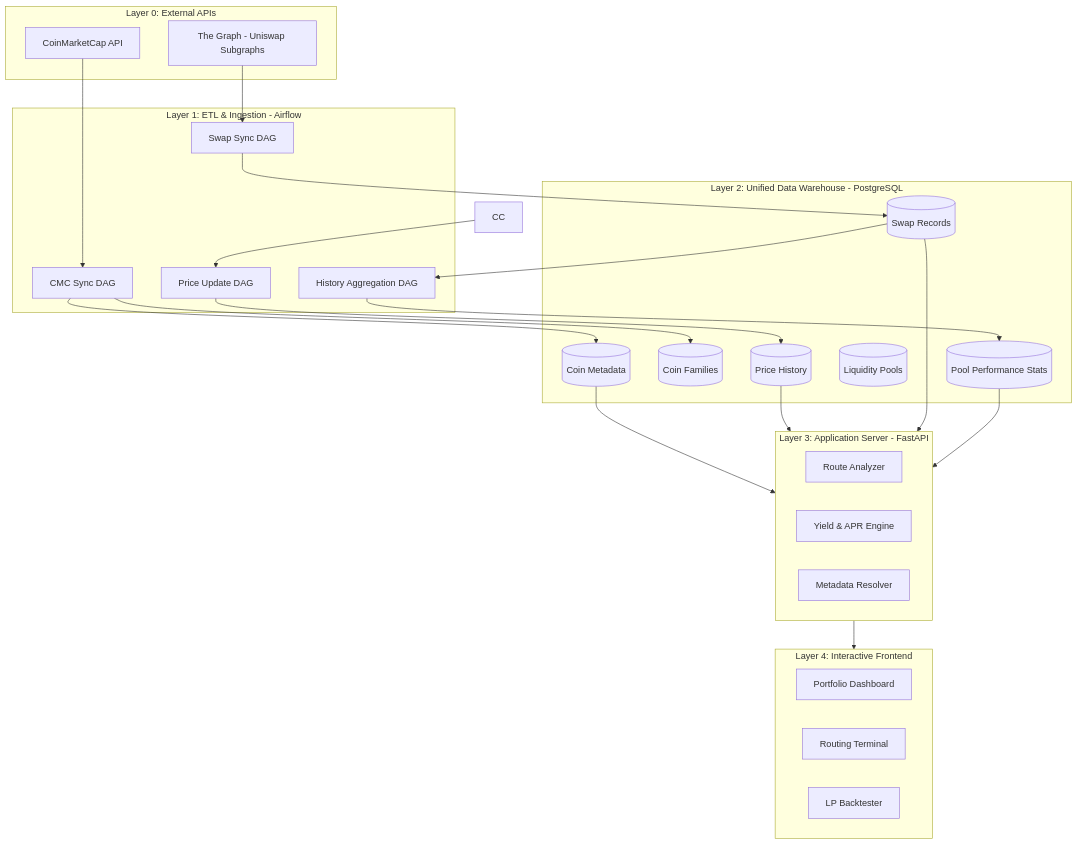
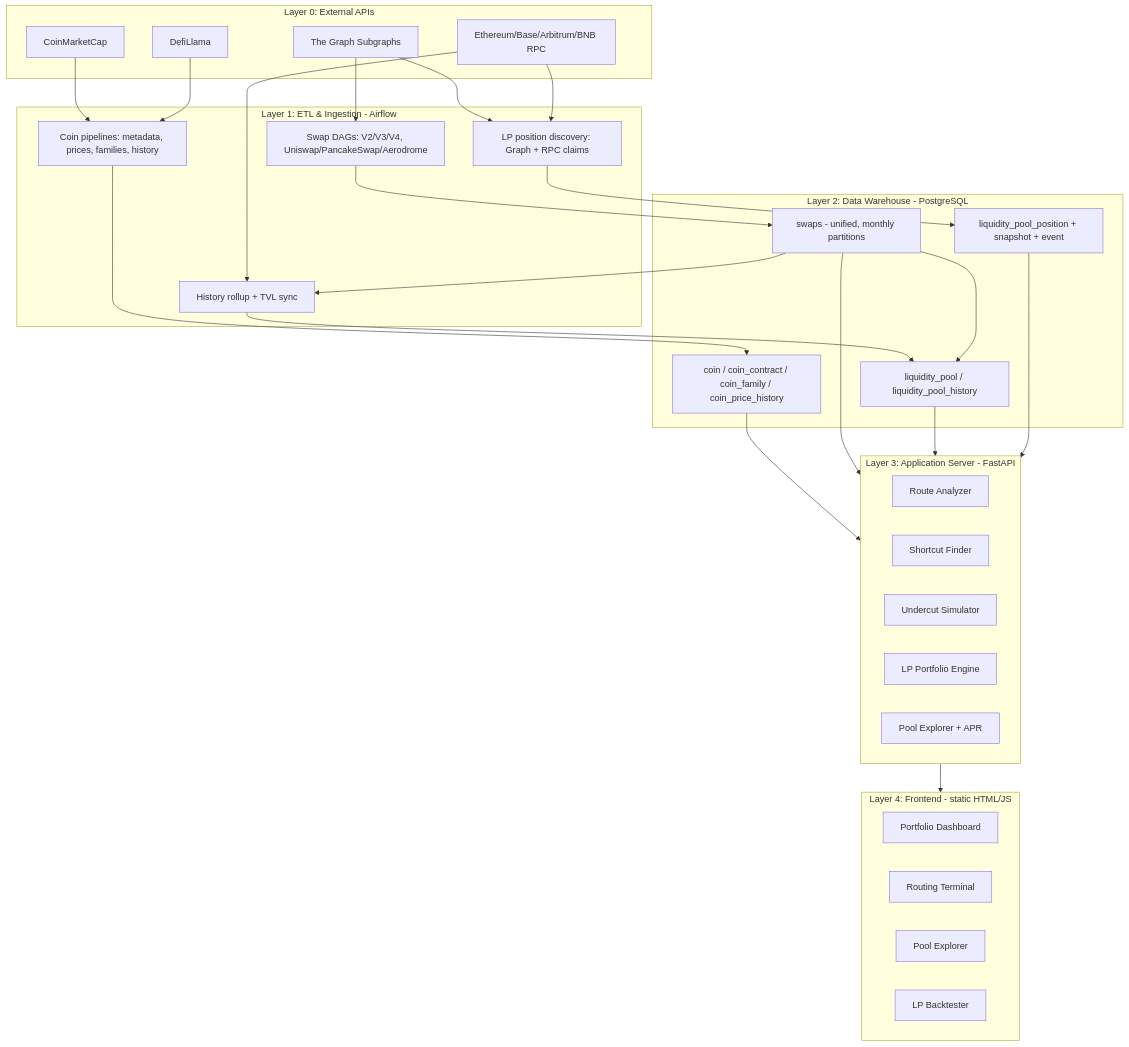
The diagram in docs/architecture.md (bekisz/chaintelligence), drawn with Mermaid before and after one commit. The commit also changed other lines of this file and 47 other files, not shown here.

First line of the commit message:
feat(undercut): coupled two-pool simulation + alternating tie-break

````diff
--- a/docs/architecture.md
+++ b/docs/architecture.md
@@ -66,56 +96,60 @@
 ```mermaid
 graph TD
-    subgraph External_Data_Sources [Layer 0: External APIs]
-        CMC[CoinMarketCap API]
-        TG[The Graph - Uniswap Subgraphs]
-
+    subgraph Layer0 [Layer 0: External APIs]
+        CMC[CoinMarketCap]
+        DL[DefiLlama]
+        TG[The Graph Subgraphs]
+        RPC[Ethereum/Base/Arbitrum/BNB RPC]
     end
 
-    subgraph Ingestion_Layer [Layer 1: ETL & Ingestion - Airflow]
-        DAG_CMC[CMC Sync DAG]
-        DAG_Price[Price Update DAG]
-        DAG_Swap[Swap Sync DAG]
-
-        DAG_Agg[History Aggregation DAG]
+    subgraph Layer1 [Layer 1: ETL & Ingestion - Airflow]
+        DAG_COIN[Coin pipelines: metadata, prices, families, history]
+        DAG_SWAP[Swap DAGs: V2/V3/V4, Uniswap/PancakeSwap/Aerodrome]
+        DAG_HIST[History rollup + TVL sync]
+        DAG_LP[LP position discovery: Graph + RPC claims]
     end
 
-    subgraph Storage_Layer [Layer 2: Unified Data Warehouse - PostgreSQL]
-        T_Coin[(Coin Metadata)]
-        T_Family[(Coin Families)]
-        T_Price[(Price History)]
-        T_Swaps[(Swap Records)]
-        T_Pools[(Liquidity Pools)]
-        T_Stats[(Pool Performance Stats)]
+    subgraph Layer2 [Layer 2: Data Warehouse - PostgreSQL]
+        T_COIN[coin / coin_contract / coin_family / coin_price_history]
+        T_POOL[liquidity_pool / liquidity_pool_history]
+        T_POS[liquidity_pool_position + snapshot + event]
+        T_SWAP[swaps - unified, monthly partitions]
     end
 
-    subgraph Logic_Layer [Layer 3: Application Server - FastAPI]
-        API_Route[Route Analyzer]
-        API_Yield[Yield & APR Engine]
-        API_Meta[Metadata Resolver]
+    subgraph Layer3 [Layer 3: Application Server - FastAPI]
+        API_ROUTE[Route Analyzer]
+        API_SHORT[Shortcut Finder]
+        API_UNDER[Undercut Simulator]
+        API_LP[LP Portfolio Engine]
+        API_POOL[Pool Explorer + APR]
     end
 
-    subgraph Presentation_Layer [Layer 4: Interactive Frontend]
-        UI_Dash[Portfolio Dashboard]
-        UI_Route[Routing Terminal]
-        UI_Back[LP Backtester]
+    subgraph Layer4 [Layer 4: Frontend - static HTML/JS]
+        UI_DASH[Portfolio Dashboard]
+        UI_ROUTE[Routing Terminal]
+        UI_POOL[Pool Explorer]
+        UI_BACK[LP Backtester]
     end
 
-    %% Data Flow & Dependencies
-    CMC --> DAG_CMC
-    CC --> DAG_Price
-    TG --> DAG_Swap
+    CMC --> DAG_COIN
+    DL --> DAG_COIN
+    TG --> DAG_SWAP
+    TG --> DAG_LP
+    RPC --> DAG_LP
+    RPC --> DAG_HIST
 
+    DAG_COIN --> T_COIN
+    DAG_SWAP --> T_SWAP
+    DAG_HIST --> T_POOL
+    DAG_LP --> T_POS
 
-    DAG_CMC --> T_Coin
-    DAG_CMC --> T_Family
-    DAG_Price --> T_Price
-    DAG_Swap --> T_Swaps
+    T_SWAP --> DAG_HIST
+    T_SWAP --> T_POOL
 
-    T_Swaps --> DAG_Agg
-    DAG_Agg --> T_Stats
+    T_COIN --> Layer3
+    T_SWAP --> Layer3
+    T_POOL --> Layer3
+    T_POS --> Layer3
 
-    T_Coin & T_Price & T_Swaps & T_Stats --> Logic_Layer
-    
-    %% Presentation Layer ONLY reaches Logic Layer
-    Logic_Layer --> Presentation_Layer
+    Layer3 --> Layer4
 ```
````
